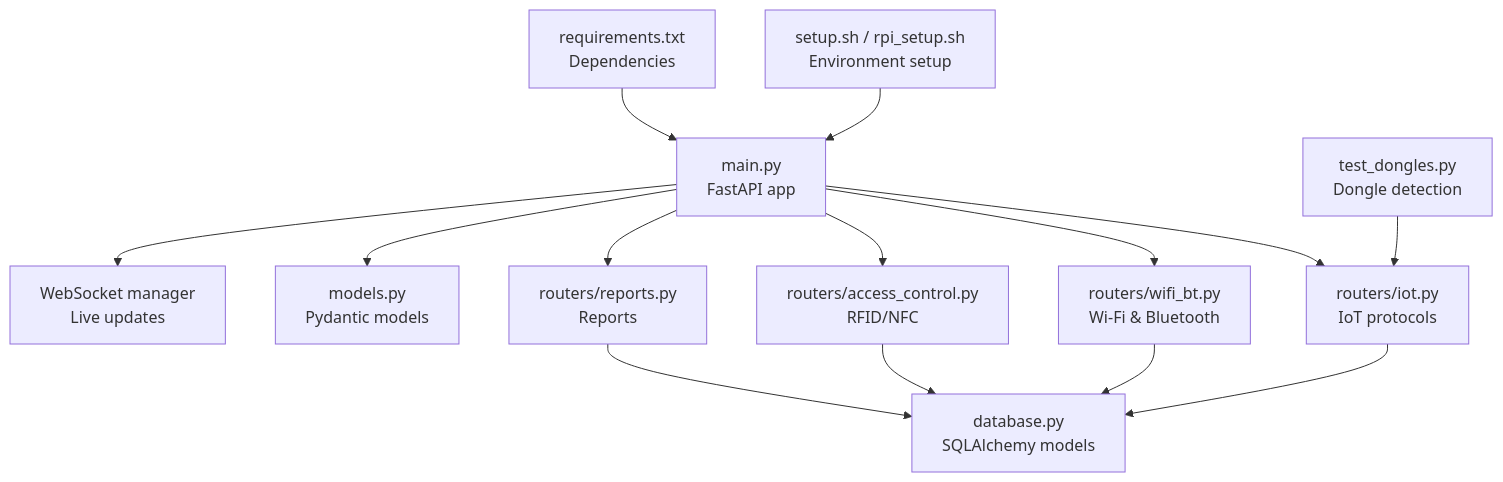
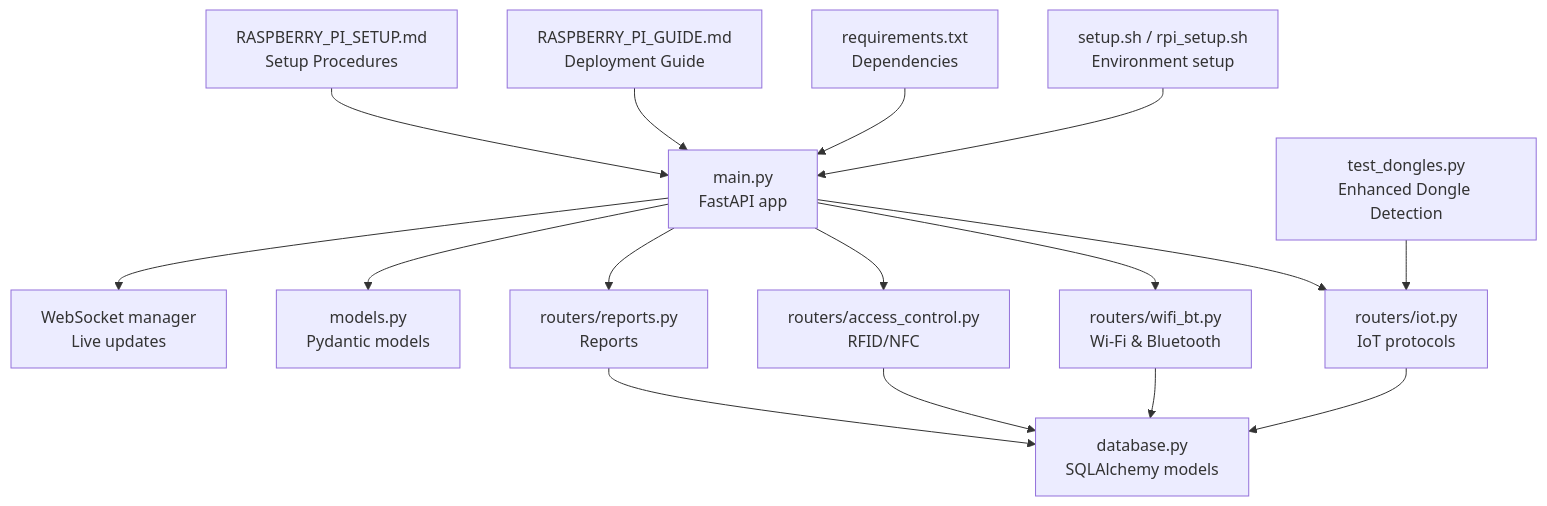
The first of 8 diagrams in .qoder/repowiki/en/content/Hardware Integration/Hardware Integration.md (MohandWaleed3/PentexOne), drawn with Mermaid before and after one commit. The commit also changed other lines of this file and 16 other files, not shown here.

````diff
--- a/.qoder/repowiki/en/content/Hardware Integration/Hardware Integration.md
+++ b/.qoder/repowiki/en/content/Hardware Integration/Hardware Integration.md
@@ -44,16 +54,18 @@
 ```mermaid
 graph TB
 A["main.py<br/>FastAPI app"] --> B["routers/iot.py<br/>IoT protocols"]
 A --> C["routers/wifi_bt.py<br/>Wi-Fi & Bluetooth"]
 A --> D["routers/access_control.py<br/>RFID/NFC"]
 A --> E["routers/reports.py<br/>Reports"]
 B --> F["database.py<br/>SQLAlchemy models"]
 C --> F
 D --> F
 E --> F
 A --> G["models.py<br/>Pydantic models"]
 A --> H["WebSocket manager<br/>Live updates"]
-I["test_dongles.py<br/>Dongle detection"] --> B
+I["test_dongles.py<br/>Enhanced Dongle Detection"] --> B
 J["setup.sh / rpi_setup.sh<br/>Environment setup"] --> A
 K["requirements.txt<br/>Dependencies"] --> A
+L["RASPBERRY_PI_GUIDE.md<br/>Deployment Guide"] --> A
+M["RASPBERRY_PI_SETUP.md<br/>Setup Procedures"] --> A
 ```
````
